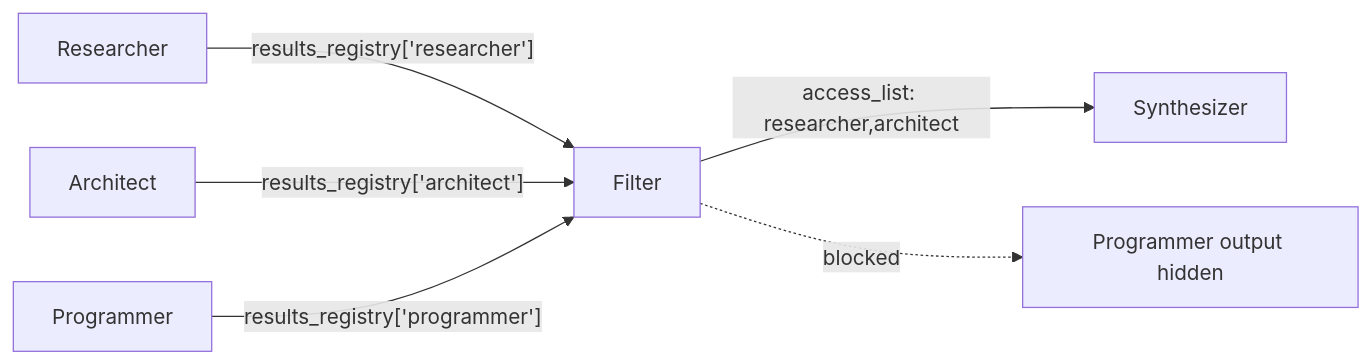
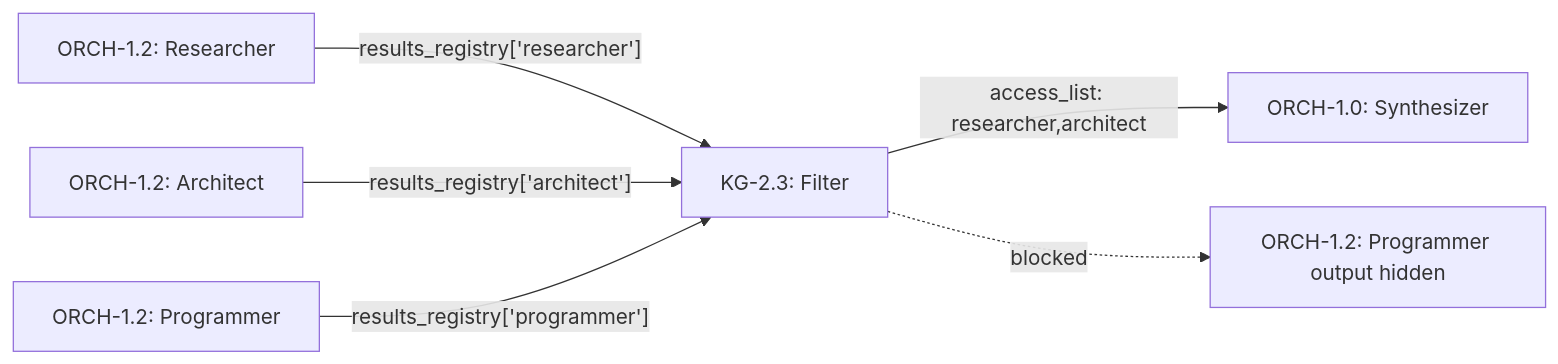
Before and after one commit to Knuckles-Team/agent-utilities: the first of 2 diagrams in docs/guides/conductor-orchestration.md, drawn with Mermaid. The commit also changed other lines of this file and 325 other files, not shown here.

````diff
--- a/docs/guides/conductor-orchestration.md
+++ b/docs/guides/conductor-orchestration.md
@@ -58,8 +58,8 @@
 ```mermaid
 graph LR
-    R[Researcher] -->|"results_registry['researcher']"| F[Filter]
-    A[Architect] -->|"results_registry['architect']"| F
-    P[Programmer] -->|"results_registry['programmer']"| F
-    F -->|access_list: researcher,architect| S[Synthesizer]
-    F -.->|blocked| X[Programmer output hidden]
+    R[ORCH-1.2: Researcher] -->|"results_registry['researcher']"| F[KG-2.3: Filter]
+    A[ORCH-1.2: Architect] -->|"results_registry['architect']"| F
+    P[ORCH-1.2: Programmer] -->|"results_registry['programmer']"| F
+    F -->|access_list: researcher,architect| S[ORCH-1.0: Synthesizer]
+    F -.->|blocked| X[ORCH-1.2: Programmer output hidden]
 ```
````
